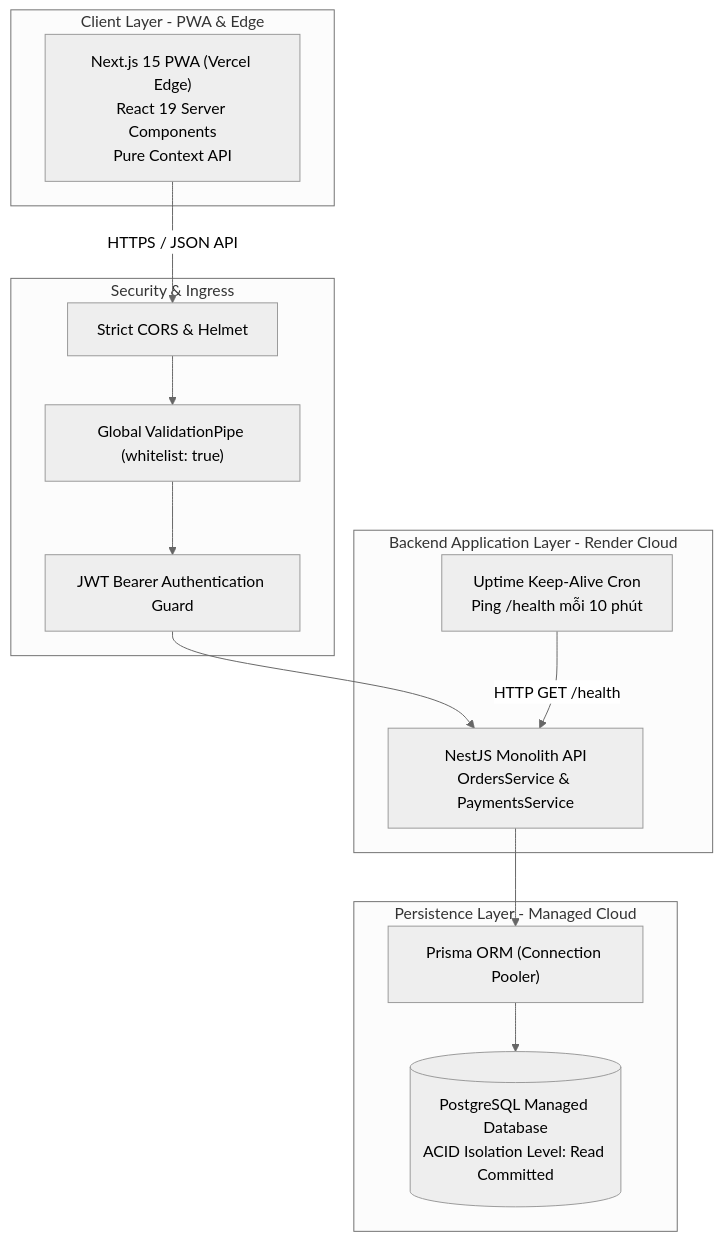
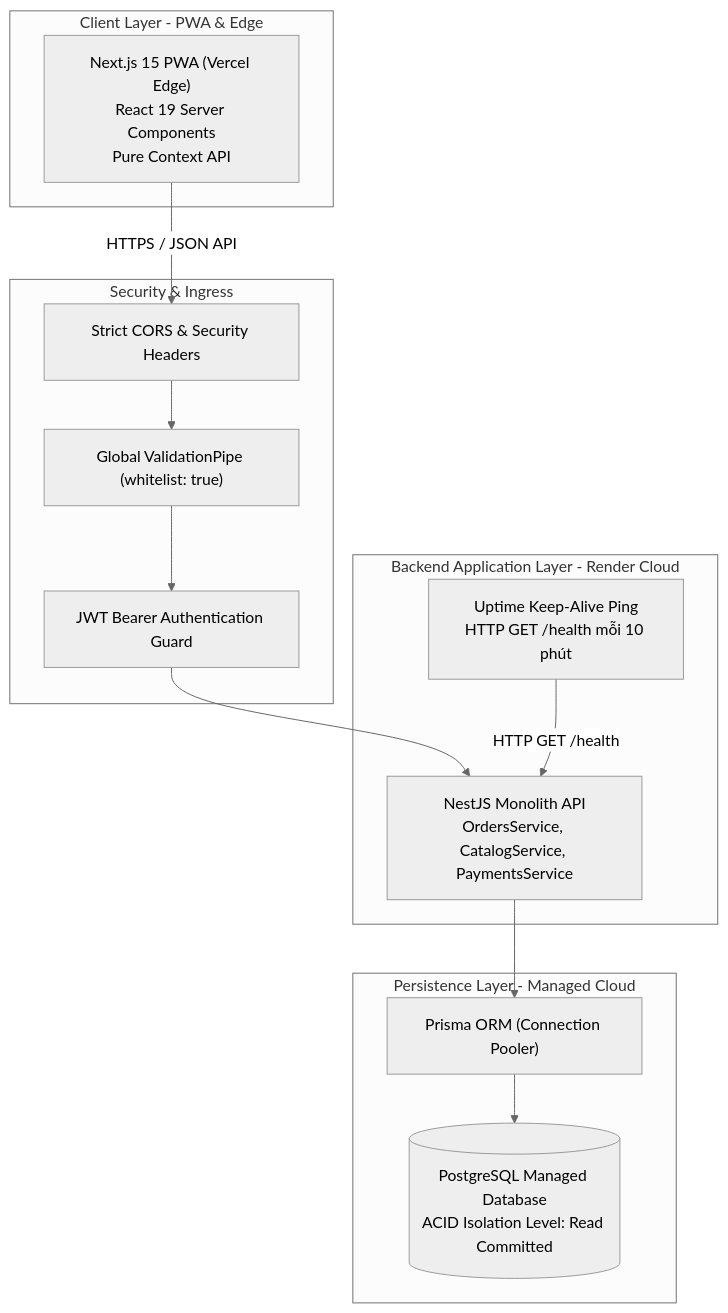
One commit to Gtvkun-ai/brewlite-a2 changed the sixth of 6 diagrams in docs/master-defense-report-a-to-z.md. Above: the diagram before and after it, drawn with Mermaid (neutral theme). The commit also changed other lines of this file and 10 other files, not shown here.

````diff
--- a/docs/master-defense-report-a-to-z.md
+++ b/docs/master-defense-report-a-to-z.md
@@ -371,30 +400,30 @@
 ```mermaid
 graph TB
     subgraph Client_Tier [Client Layer - PWA & Edge]
         WEB["Next.js 15 PWA (Vercel Edge)<br/>React 19 Server Components<br/>Pure Context API"]
     end
 
     subgraph Security_Gate [Security & Ingress]
-        CORS["Strict CORS & Helmet"]
+        CORS["Strict CORS & Security Headers"]
         PIPE["Global ValidationPipe (whitelist: true)"]
         JWT["JWT Bearer Authentication Guard"]
     end
 
     subgraph Service_Tier [Backend Application Layer - Render Cloud]
-        API["NestJS Monolith API<br/>OrdersService & PaymentsService"]
-        CRON["Uptime Keep-Alive Cron<br/>Ping /health mỗi 10 phút"]
+        API["NestJS Monolith API<br/>OrdersService, CatalogService, PaymentsService"]
+        CRON["Uptime Keep-Alive Ping<br/>HTTP GET /health mỗi 10 phút"]
     end
 
     subgraph Database_Tier [Persistence Layer - Managed Cloud]
         PRISMA["Prisma ORM (Connection Pooler)"]
         PG[("PostgreSQL Managed Database<br/>ACID Isolation Level: Read Committed")]
     end
 
     WEB -->|HTTPS / JSON API| CORS
     CORS --> PIPE
     PIPE --> JWT
     JWT --> API
     CRON -->|HTTP GET /health| API
     API --> PRISMA
     PRISMA --> PG
 ```
````
